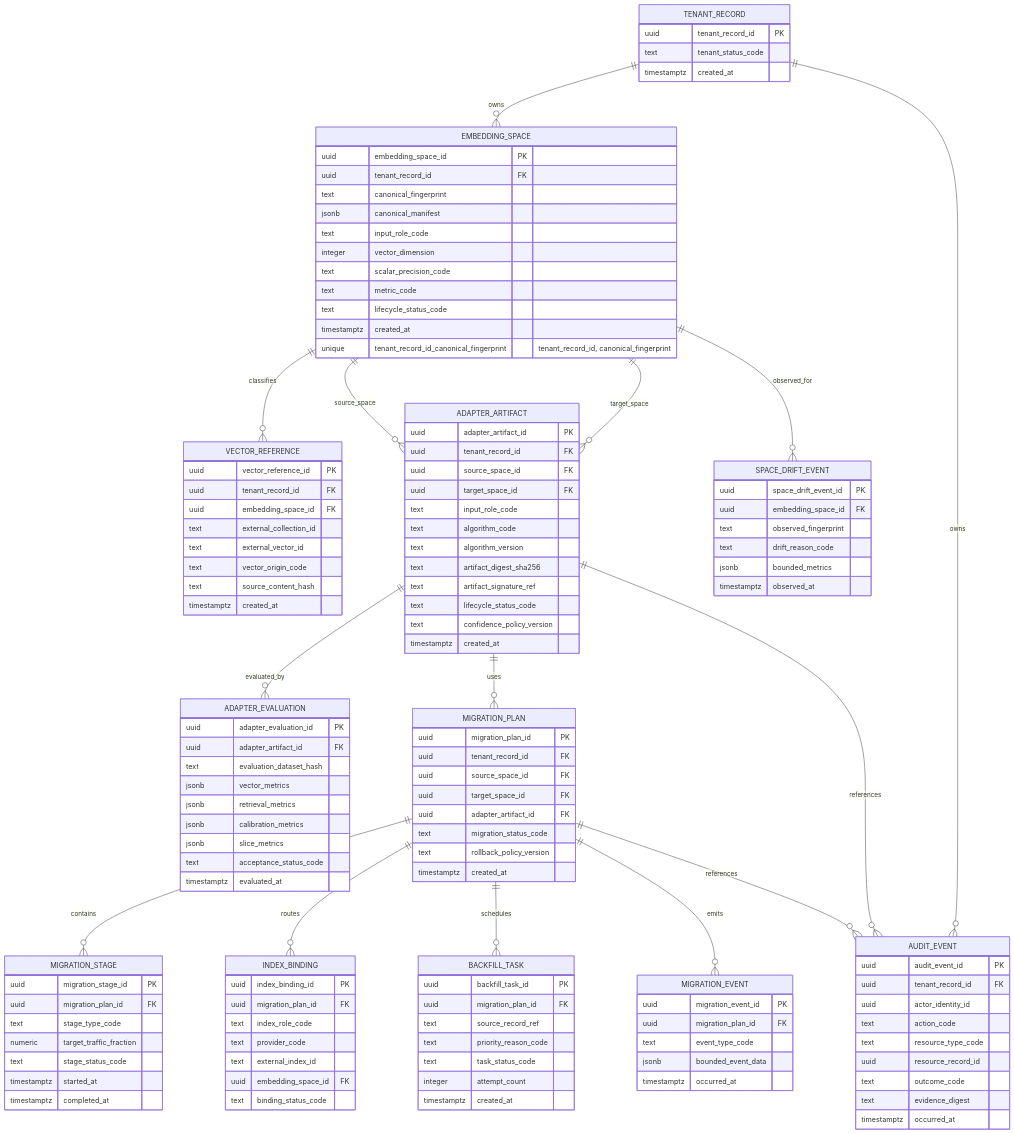
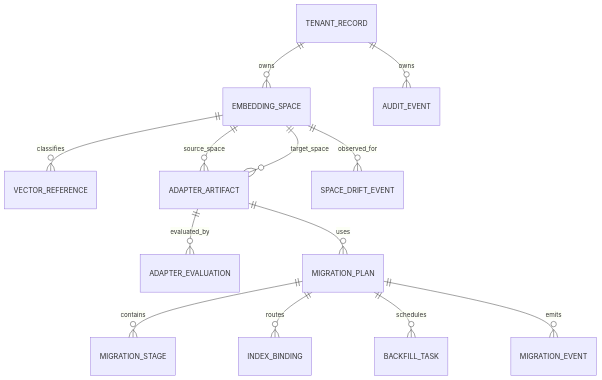
The third of 3 diagrams in docs/ERD.md (ContextualWisdomLab/EmbedRelay), drawn with Mermaid before and after one commit. The commit also changed other lines of this file, not shown here.

Commit message:
docs(data): promote executable M1 PostgreSQL ERD slice

````diff
--- a/docs/ERD.md
+++ b/docs/ERD.md
@@ -56,135 +107,5 @@
     MIGRATION_PLAN ||--o{ BACKFILL_TASK : schedules
     MIGRATION_PLAN ||--o{ MIGRATION_EVENT : emits
     TENANT_RECORD ||--o{ AUDIT_EVENT : owns
-    ADAPTER_ARTIFACT ||--o{ AUDIT_EVENT : references
-    MIGRATION_PLAN ||--o{ AUDIT_EVENT : references
     EMBEDDING_SPACE ||--o{ SPACE_DRIFT_EVENT : observed_for
-
-    TENANT_RECORD {
-      uuid tenant_record_id PK
-      text tenant_status_code
-      timestamptz created_at
-    }
-
-    EMBEDDING_SPACE {
-      uuid embedding_space_id PK
-      uuid tenant_record_id FK
-      text canonical_fingerprint
-      jsonb canonical_manifest
-      text input_role_code
-      integer vector_dimension
-      text scalar_precision_code
-      text metric_code
-      text lifecycle_status_code
-      timestamptz created_at
-      unique tenant_record_id_canonical_fingerprint "tenant_record_id, canonical_fingerprint"
-    }
-
-    VECTOR_REFERENCE {
-      uuid vector_reference_id PK
-      uuid tenant_record_id FK
-      uuid embedding_space_id FK
-      text external_collection_id
-      text external_vector_id
-      text vector_origin_code
-      text source_content_hash
-      timestamptz created_at
-    }
-
-    ADAPTER_ARTIFACT {
-      uuid adapter_artifact_id PK
-      uuid tenant_record_id FK
-      uuid source_space_id FK
-      uuid target_space_id FK
-      text input_role_code
-      text algorithm_code
-      text algorithm_version
-      text artifact_digest_sha256
-      text artifact_signature_ref
-      text lifecycle_status_code
-      text confidence_policy_version
-      timestamptz created_at
-    }
-
-    ADAPTER_EVALUATION {
-      uuid adapter_evaluation_id PK
-      uuid adapter_artifact_id FK
-      text evaluation_dataset_hash
-      jsonb vector_metrics
-      jsonb retrieval_metrics
-      jsonb calibration_metrics
-      jsonb slice_metrics
-      text acceptance_status_code
-      timestamptz evaluated_at
-    }
-
-    MIGRATION_PLAN {
-      uuid migration_plan_id PK
-      uuid tenant_record_id FK
-      uuid source_space_id FK
-      uuid target_space_id FK
-      uuid adapter_artifact_id FK
-      text migration_status_code
-      text rollback_policy_version
-      timestamptz created_at
-    }
-
-    MIGRATION_STAGE {
-      uuid migration_stage_id PK
-      uuid migration_plan_id FK
-      text stage_type_code
-      numeric target_traffic_fraction
-      text stage_status_code
-      timestamptz started_at
-      timestamptz completed_at
-    }
-
-    INDEX_BINDING {
-      uuid index_binding_id PK
-      uuid migration_plan_id FK
-      text index_role_code
-      text provider_code
-      text external_index_id
-      uuid embedding_space_id FK
-      text binding_status_code
-    }
-
-    BACKFILL_TASK {
-      uuid backfill_task_id PK
-      uuid migration_plan_id FK
-      text source_record_ref
-      text priority_reason_code
-      text task_status_code
-      integer attempt_count
-      timestamptz created_at
-    }
-
-    MIGRATION_EVENT {
-      uuid migration_event_id PK
-      uuid migration_plan_id FK
-      text event_type_code
-      jsonb bounded_event_data
-      timestamptz occurred_at
-    }
-
-    AUDIT_EVENT {
-      uuid audit_event_id PK
-      uuid tenant_record_id FK
-      uuid actor_identity_id
-      text action_code
-      text resource_type_code
-      uuid resource_record_id
-      text outcome_code
-      text evidence_digest
-      timestamptz occurred_at
-    }
-
-    SPACE_DRIFT_EVENT {
-      uuid space_drift_event_id PK
-      uuid embedding_space_id FK
-      text observed_fingerprint
-      text drift_reason_code
-      jsonb bounded_metrics
-      timestamptz observed_at
-    }
 ```
````
